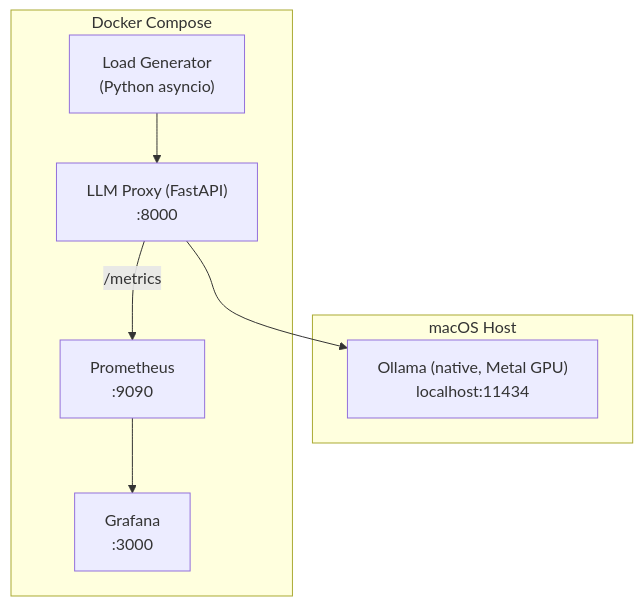
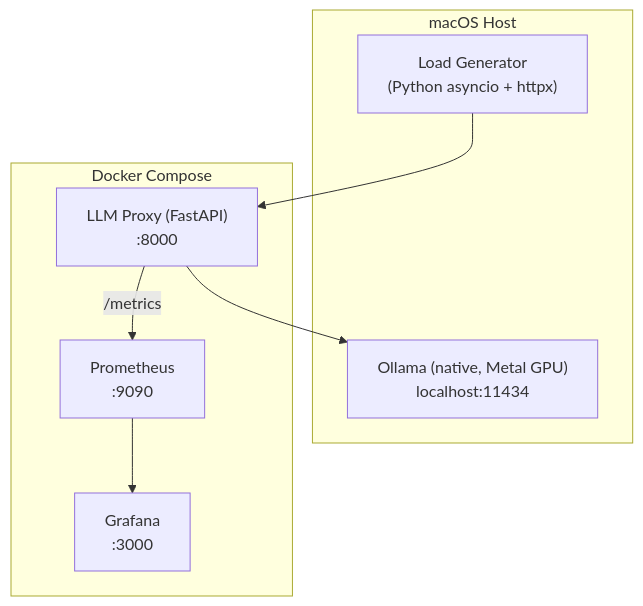
One commit to DvwN-Lee/obLLMa changed the diagram in README.md. Above: the diagram before and after it, drawn with Mermaid. The commit also changed other lines of this file and 6 other files, not shown here.

````diff
--- a/README.md
+++ b/README.md
@@ -7,18 +9,18 @@
 ```mermaid
 graph TB
     subgraph host["macOS Host"]
         ollama_native["Ollama (native, Metal GPU)<br/>localhost:11434"]
+        loadgen["Load Generator<br/>(Python asyncio + httpx)"]
     end
 
     subgraph docker["Docker Compose"]
         proxy["LLM Proxy (FastAPI)<br/>:8000"]
-        loadgen["Load Generator<br/>(Python asyncio)"]
         prom["Prometheus<br/>:9090"]
         grafana["Grafana<br/>:3000"]
     end
 
+    loadgen --> proxy
     proxy -->|"/metrics"| prom
     proxy --> ollama_native
-    loadgen --> proxy
     prom --> grafana
 ```
````
